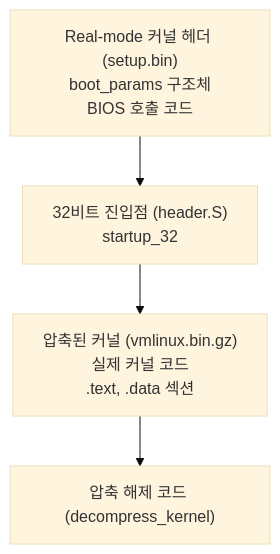
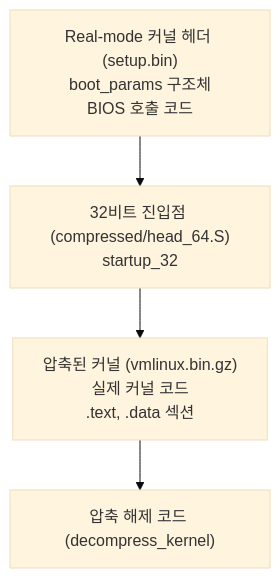
The diagram in system/part01_boot.md (Rein-ArXiv/game-dev-curriculum), drawn with Mermaid (base theme) before and after one commit. The commit also changed other lines of this file and 1129 other files, not shown here.

````diff
--- a/system/part01_boot.md
+++ b/system/part01_boot.md
@@ -219,8 +219,8 @@
 ```mermaid
 flowchart TB
     A["Real-mode 커널 헤더 (setup.bin)<br/>boot_params 구조체<br/>BIOS 호출 코드"]
-    B["32비트 진입점 (header.S)<br/>startup_32"]
+    B["32비트 진입점 (compressed/head_64.S)<br/>startup_32"]
     C["압축된 커널 (vmlinux.bin.gz)<br/>실제 커널 코드<br/>.text, .data 섹션"]
     D["압축 해제 코드 (decompress_kernel)"]
     A --> B --> C --> D
 ```
````
